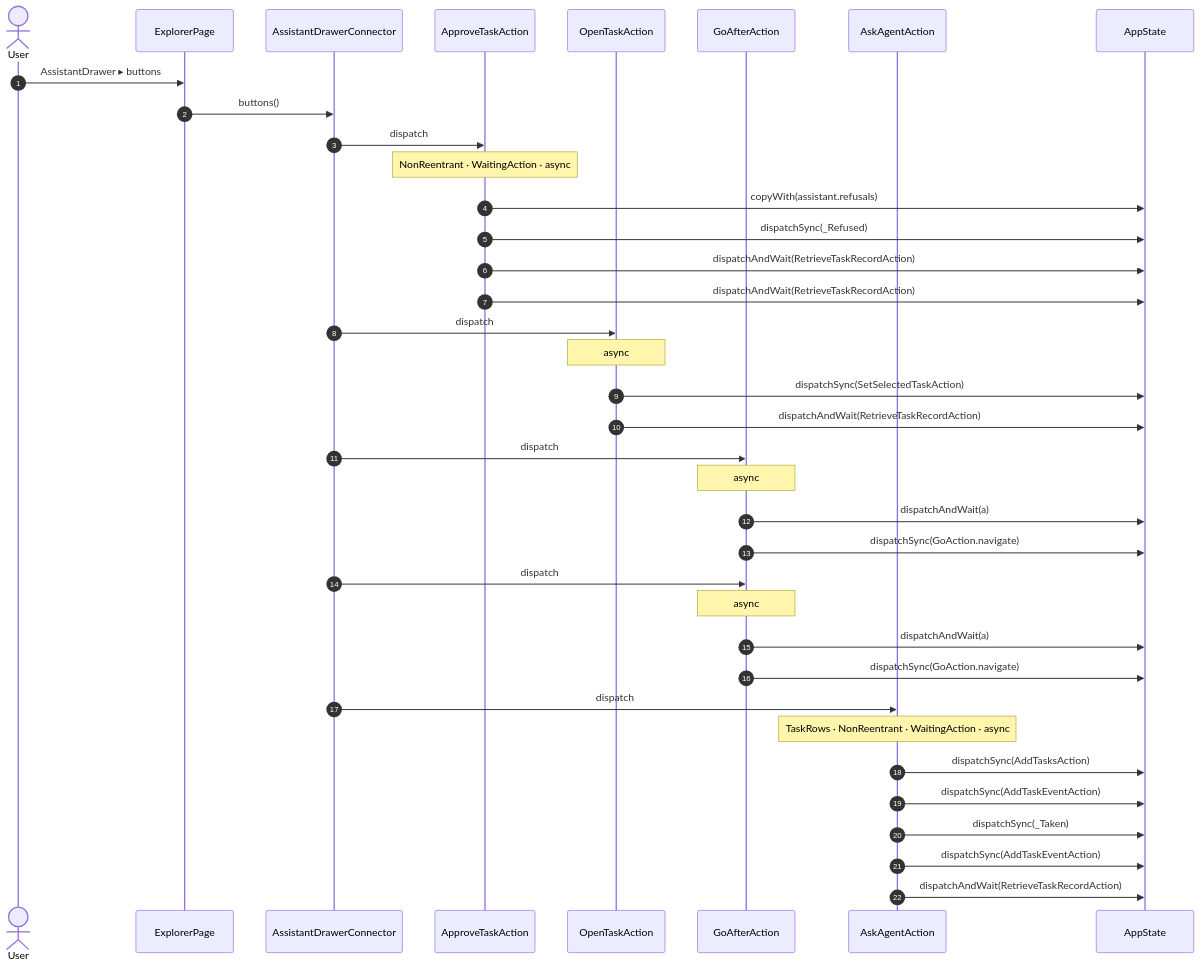
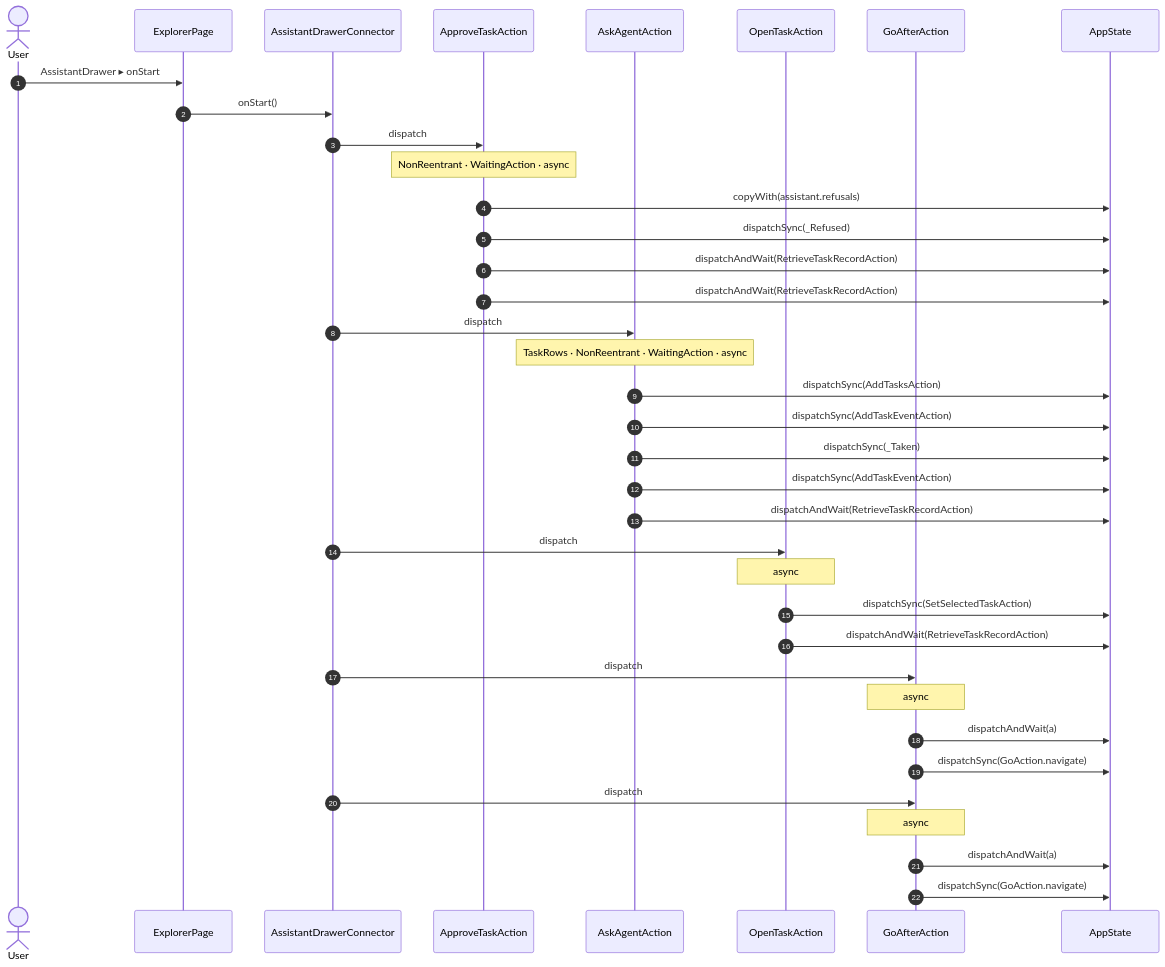
One commit to gencto/wyrm changed diagram 42 of 58 in studio/docs/flows/explorer.md. Above: the diagram before and after it, drawn with Mermaid. The commit also changed other lines of this file and 19 other files, not shown here.

````diff
--- a/studio/docs/flows/explorer.md
+++ b/studio/docs/flows/explorer.md
@@ -736,40 +736,40 @@
 ```mermaid
 sequenceDiagram
     autonumber
     actor User
     participant UI as ExplorerPage
     participant R1 as AssistantDrawerConnector
     participant A1 as ApproveTaskAction
-    participant A2 as OpenTaskAction
-    participant A3 as GoAfterAction
-    participant A4 as AskAgentAction
+    participant A2 as AskAgentAction
+    participant A3 as OpenTaskAction
+    participant A4 as GoAfterAction
     participant ST as AppState
 
-    User->>UI: AssistantDrawer ▸ buttons
-    UI->>R1: buttons()
+    User->>UI: AssistantDrawer ▸ onStart
+    UI->>R1: onStart()
     R1->>A1: dispatch
     Note over A1: NonReentrant · WaitingAction · async
     A1->>ST: copyWith(assistant.refusals)
     A1->>ST: dispatchSync(_Refused)
     A1->>ST: dispatchAndWait(RetrieveTaskRecordAction)
     A1->>ST: dispatchAndWait(RetrieveTaskRecordAction)
     R1->>A2: dispatch
-    Note over A2: async
-    A2->>ST: dispatchSync(SetSelectedTaskAction)
+    Note over A2: TaskRows · NonReentrant · WaitingAction · async
+    A2->>ST: dispatchSync(AddTasksAction)
+    A2->>ST: dispatchSync(AddTaskEventAction)
+    A2->>ST: dispatchSync(_Taken)
+    A2->>ST: dispatchSync(AddTaskEventAction)
     A2->>ST: dispatchAndWait(RetrieveTaskRecordAction)
     R1->>A3: dispatch
     Note over A3: async
-    A3->>ST: dispatchAndWait(a)
-    A3->>ST: dispatchSync(GoAction.navigate)
-    R1->>A3: dispatch
-    Note over A3: async
-    A3->>ST: dispatchAndWait(a)
-    A3->>ST: dispatchSync(GoAction.navigate)
+    A3->>ST: dispatchSync(SetSelectedTaskAction)
+    A3->>ST: dispatchAndWait(RetrieveTaskRecordAction)
     R1->>A4: dispatch
-    Note over A4: TaskRows · NonReentrant · WaitingAction · async
-    A4->>ST: dispatchSync(AddTasksAction)
-    A4->>ST: dispatchSync(AddTaskEventAction)
-    A4->>ST: dispatchSync(_Taken)
-    A4->>ST: dispatchSync(AddTaskEventAction)
-    A4->>ST: dispatchAndWait(RetrieveTaskRecordAction)
+    Note over A4: async
+    A4->>ST: dispatchAndWait(a)
+    A4->>ST: dispatchSync(GoAction.navigate)
+    R1->>A4: dispatch
+    Note over A4: async
+    A4->>ST: dispatchAndWait(a)
+    A4->>ST: dispatchSync(GoAction.navigate)
 ```
````
